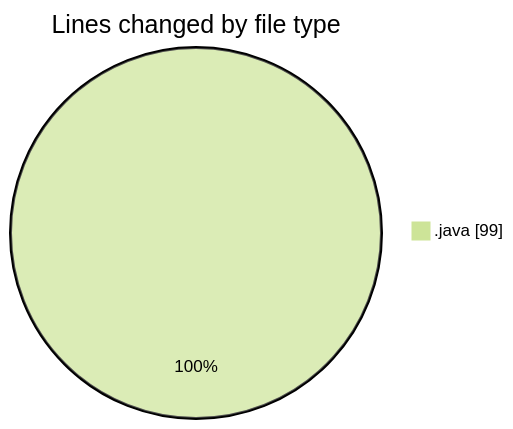
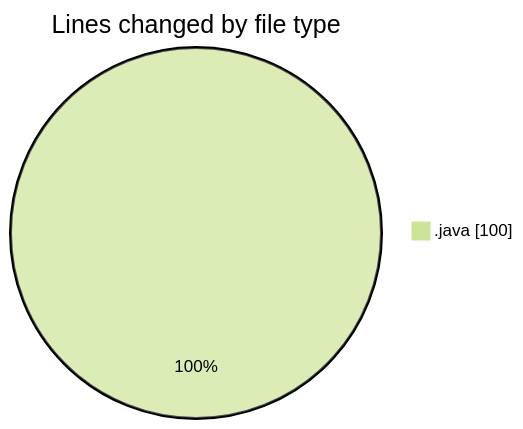
One commit to charlie-sans/code-tracking changed the first of 2 diagrams in 2025-02-19/masm/README.md. Above: the diagram before and after it, drawn with Mermaid (forest theme). The commit also changed other lines of this file and 1 other file, not shown here.

````diff
--- a/2025-02-19/masm/README.md
+++ b/2025-02-19/masm/README.md
@@ -21,5 +21,5 @@
 ```mermaid
 pie showData
 title Lines changed by file type
-".java" : 99
+".java" : 100
 ```
````
